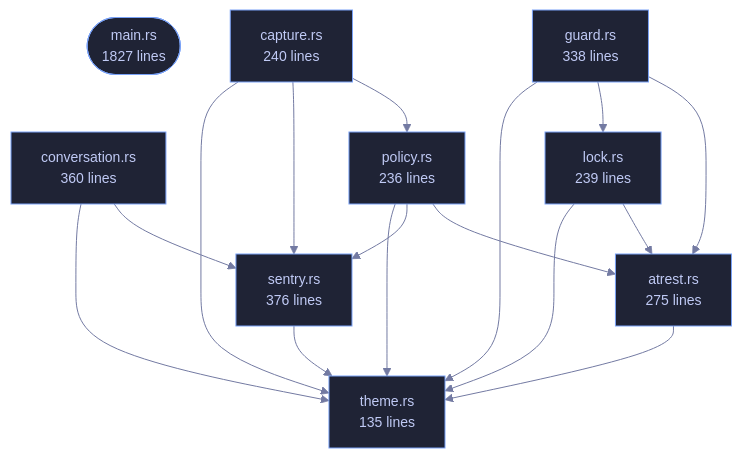
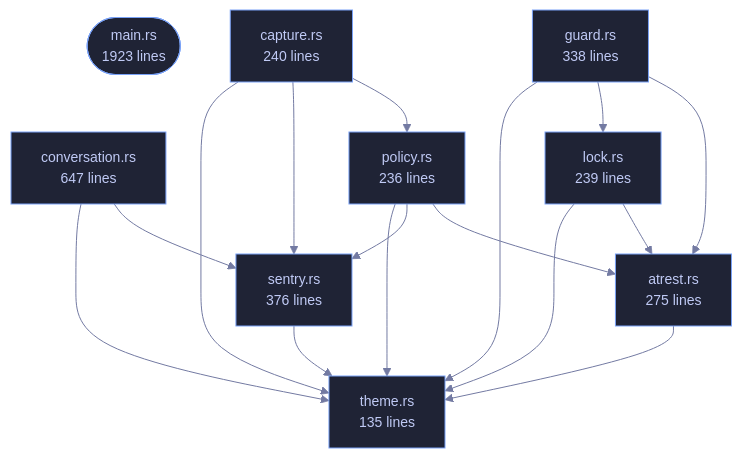
One commit to tilas01/veilvoice changed the diagram in crates/veilvoice-cli/README.md. Above: the diagram before and after it, drawn with Mermaid. The commit also changed other lines of this file and 19 other files, not shown here.

````diff
--- a/crates/veilvoice-cli/README.md
+++ b/crates/veilvoice-cli/README.md
@@ -97,37 +97,37 @@
 ```mermaid
 %%{init: {"theme":"base","themeVariables":{"background":"#1a1b26","primaryColor":"#1f2335","primaryTextColor":"#c0caf5","primaryBorderColor":"#7aa2f7","secondaryColor":"#16161e","tertiaryColor":"#16161e","lineColor":"#737aa2","textColor":"#c0caf5","mainBkg":"#1f2335","nodeBorder":"#7aa2f7","clusterBkg":"#16161e","clusterBorder":"#2f3549","fontFamily":"ui-monospace, SFMono-Regular, Consolas, monospace","fontSize":"14px"}}}%%
 flowchart TD
-    n_main(["main.rs<br/>1827 lines"])
+    n_main(["main.rs<br/>1923 lines"])
     n_atrest["atrest.rs<br/>275 lines"]
     n_capture["capture.rs<br/>240 lines"]
-    n_conversation["conversation.rs<br/>360 lines"]
+    n_conversation["conversation.rs<br/>647 lines"]
     n_guard["guard.rs<br/>338 lines"]
     n_lock["lock.rs<br/>239 lines"]
     n_policy["policy.rs<br/>236 lines"]
     n_sentry["sentry.rs<br/>376 lines"]
     n_theme["theme.rs<br/>135 lines"]
     n_atrest --> n_theme
     n_capture --> n_policy
     n_capture --> n_sentry
     n_capture --> n_theme
     n_conversation --> n_sentry
     n_conversation --> n_theme
     n_guard --> n_atrest
     n_guard --> n_lock
     n_guard --> n_theme
     n_lock --> n_atrest
     n_lock --> n_theme
     n_policy --> n_atrest
     n_policy --> n_sentry
     n_policy --> n_theme
     n_sentry --> n_theme
     click n_main href "https://github.com/tilas01/veilvoice/blob/main/crates/veilvoice-cli/src/main.rs" "open the source"
     click n_atrest href "https://github.com/tilas01/veilvoice/blob/main/crates/veilvoice-cli/src/atrest.rs" "open the source"
     click n_capture href "https://github.com/tilas01/veilvoice/blob/main/crates/veilvoice-cli/src/capture.rs" "open the source"
     click n_conversation href "https://github.com/tilas01/veilvoice/blob/main/crates/veilvoice-cli/src/conversation.rs" "open the source"
     click n_guard href "https://github.com/tilas01/veilvoice/blob/main/crates/veilvoice-cli/src/guard.rs" "open the source"
     click n_lock href "https://github.com/tilas01/veilvoice/blob/main/crates/veilvoice-cli/src/lock.rs" "open the source"
     click n_policy href "https://github.com/tilas01/veilvoice/blob/main/crates/veilvoice-cli/src/policy.rs" "open the source"
     click n_sentry href "https://github.com/tilas01/veilvoice/blob/main/crates/veilvoice-cli/src/sentry.rs" "open the source"
     click n_theme href "https://github.com/tilas01/veilvoice/blob/main/crates/veilvoice-cli/src/theme.rs" "open the source"
 ```
````
